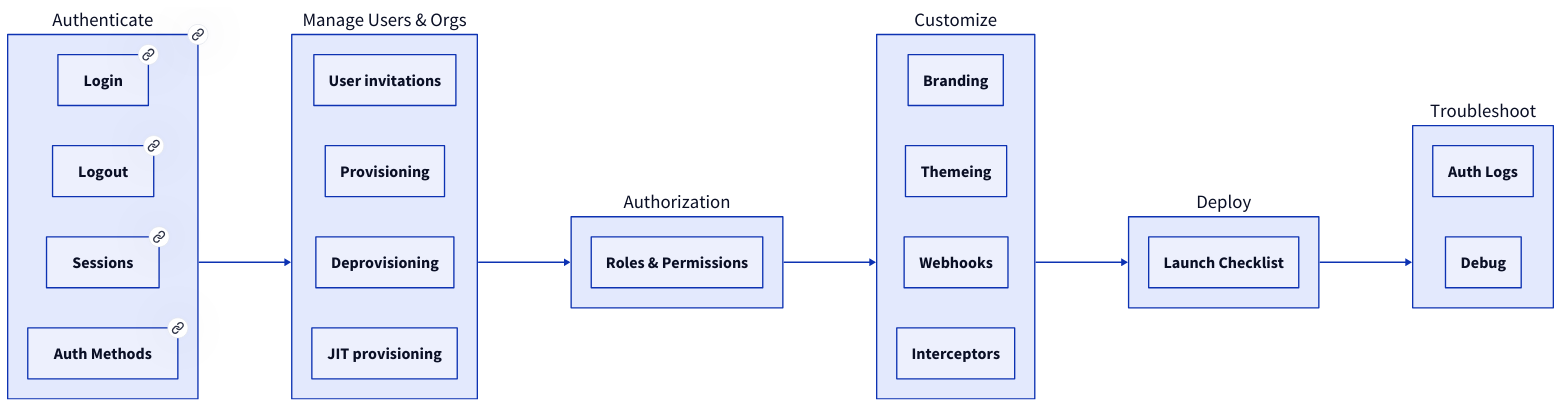
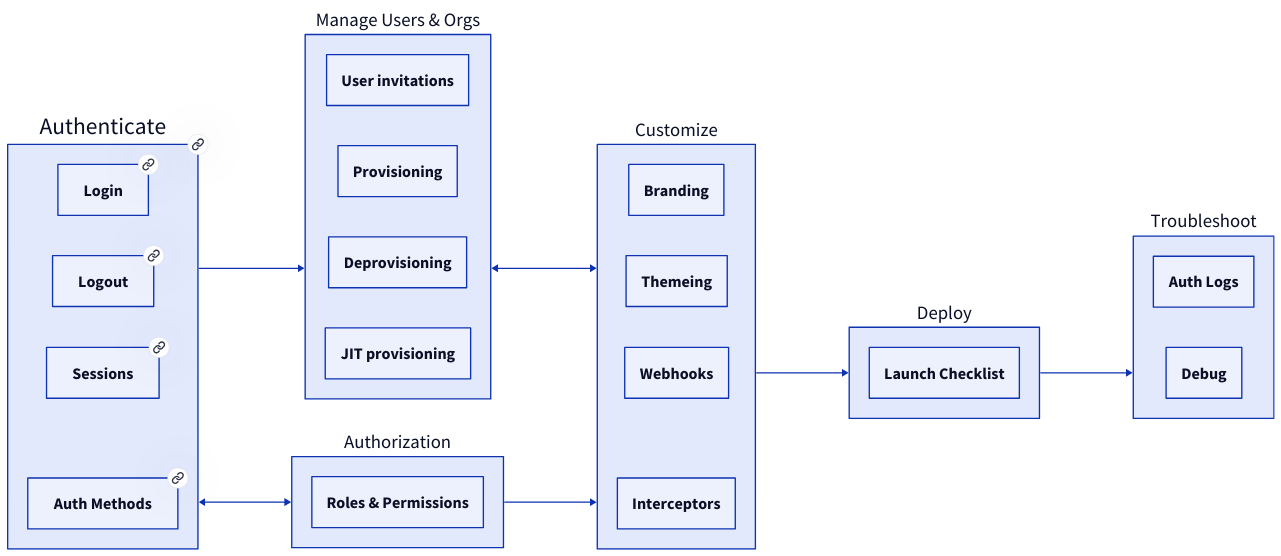
Before and after one commit to scalekit-inc/developer-docs: the diagram in src/content/docs/index.mdx, drawn with D2. The commit also changed 2 other files, not shown here.

Commit message:
chore: add padding to SVG diagrams in Astro configuration and adjust font sizes in index documentation for better readability of interactive elements

```diff
--- a/src/content/docs/index.mdx
+++ b/src/content/docs/index.mdx
@@ -53,6 +53,7 @@
 
 Authenticate {
   link: "/fsa/quickstart/"
+  style.font-size: 35
 }
 
 
@@ -72,7 +73,7 @@
   style.font-size: 24
 }
 
-a -> Authorization
+Authenticate <> Authorization
 
 Authorization."Roles & Permissions" {
   style.font-size: 24
@@ -91,6 +92,7 @@
   style.font-size: 24
 }
 
+a <> Customize
 Authorization -> Customize
 
 Deploy."Launch Checklist" {
```
